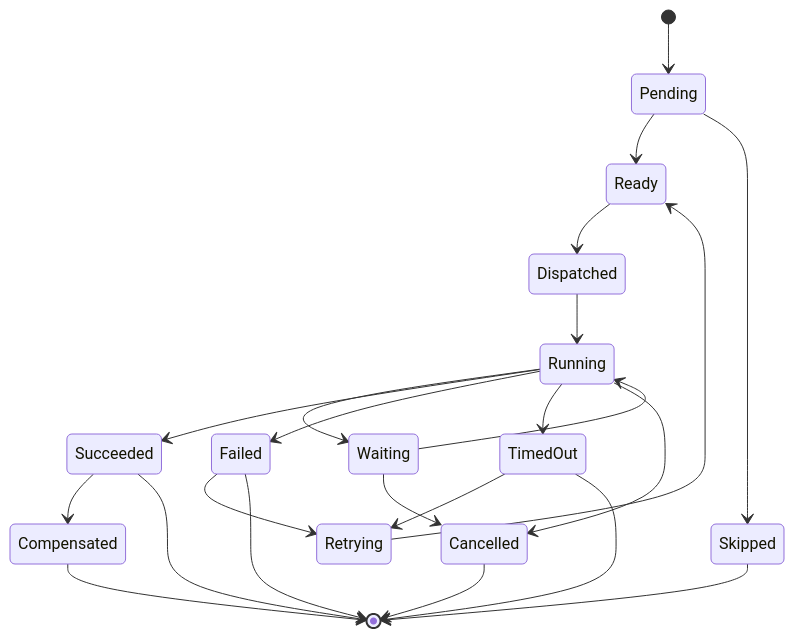
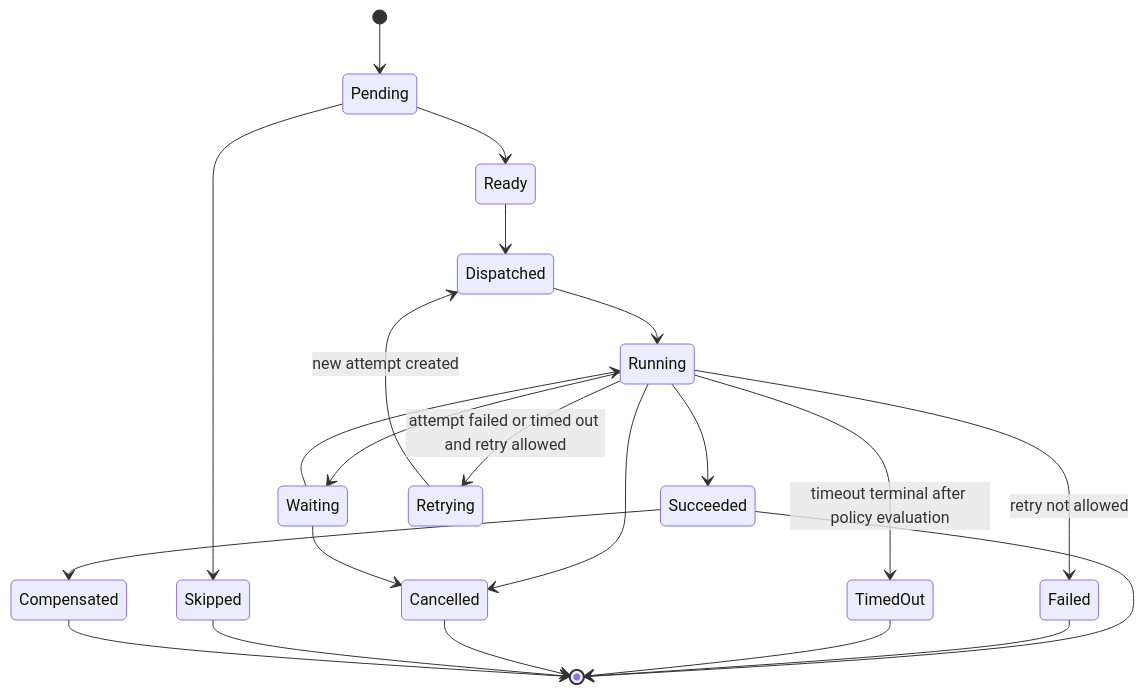
Before and after one commit to mayurbhavsar04/AIEOS: the fifth of 12 diagrams in docs/architecture/ExecutionFlow.md, drawn with Mermaid. The commit also changed other lines of this file and 1 other file, not shown here.

Commit message:
docs: clarify workflow step and execution attempt retries

````diff
--- a/docs/architecture/ExecutionFlow.md
+++ b/docs/architecture/ExecutionFlow.md
@@ -193,25 +193,24 @@
 ```mermaid
 stateDiagram-v2
     [*] --> Pending
     Pending --> Ready
     Pending --> Skipped
     Ready --> Dispatched
     Dispatched --> Running
     Running --> Waiting
     Running --> Succeeded
-    Running --> Failed
-    Running --> TimedOut
+    Running --> Retrying: attempt failed or timed out and retry allowed
+    Running --> Failed: retry not allowed
+    Running --> TimedOut: timeout terminal after policy evaluation
     Running --> Cancelled
     Waiting --> Running
     Waiting --> Cancelled
-    Failed --> Retrying
-    TimedOut --> Retrying
-    Retrying --> Ready
+    Retrying --> Dispatched: new attempt created
     Succeeded --> Compensated
     Succeeded --> [*]
     Failed --> [*]
     TimedOut --> [*]
     Cancelled --> [*]
     Skipped --> [*]
     Compensated --> [*]
 ```
````
